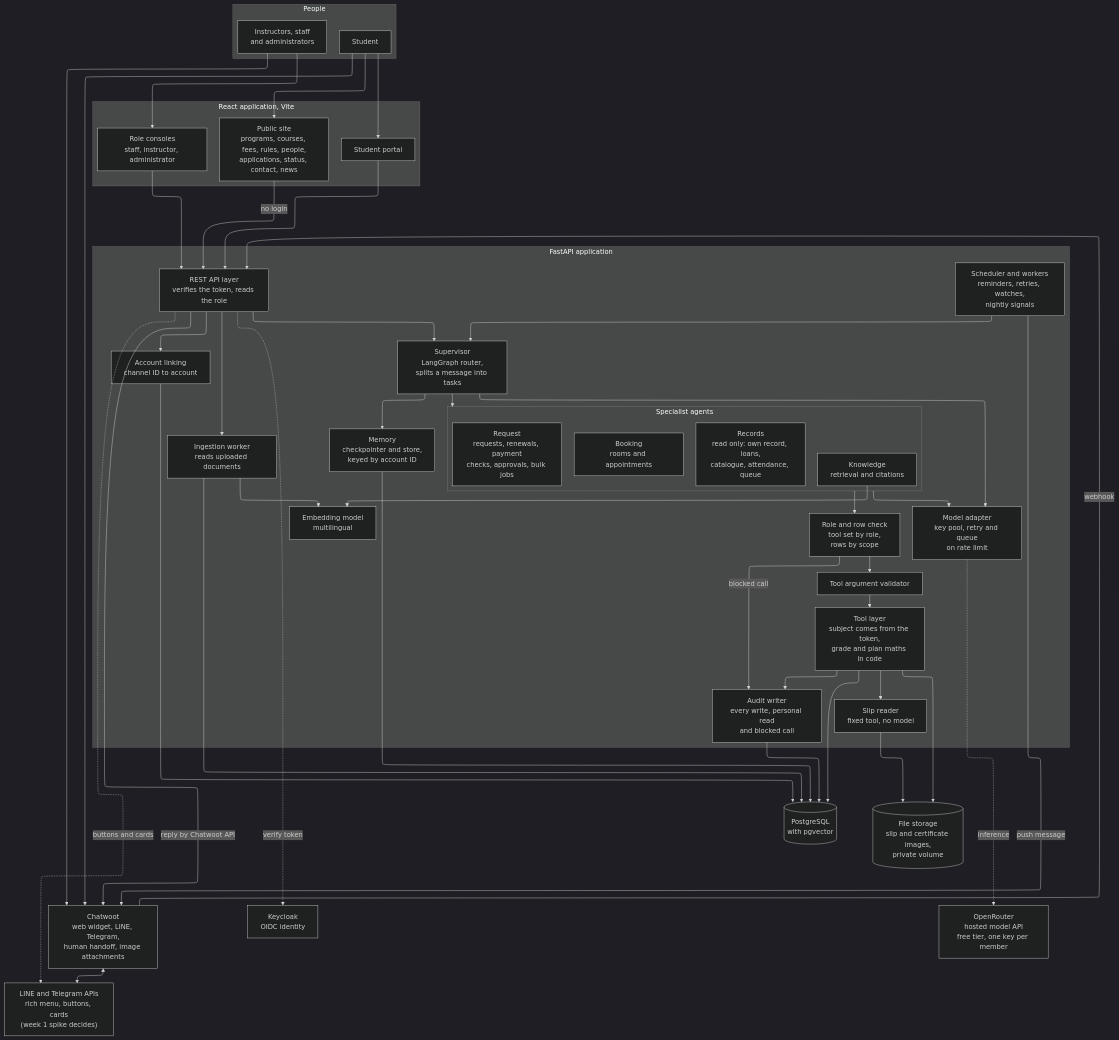
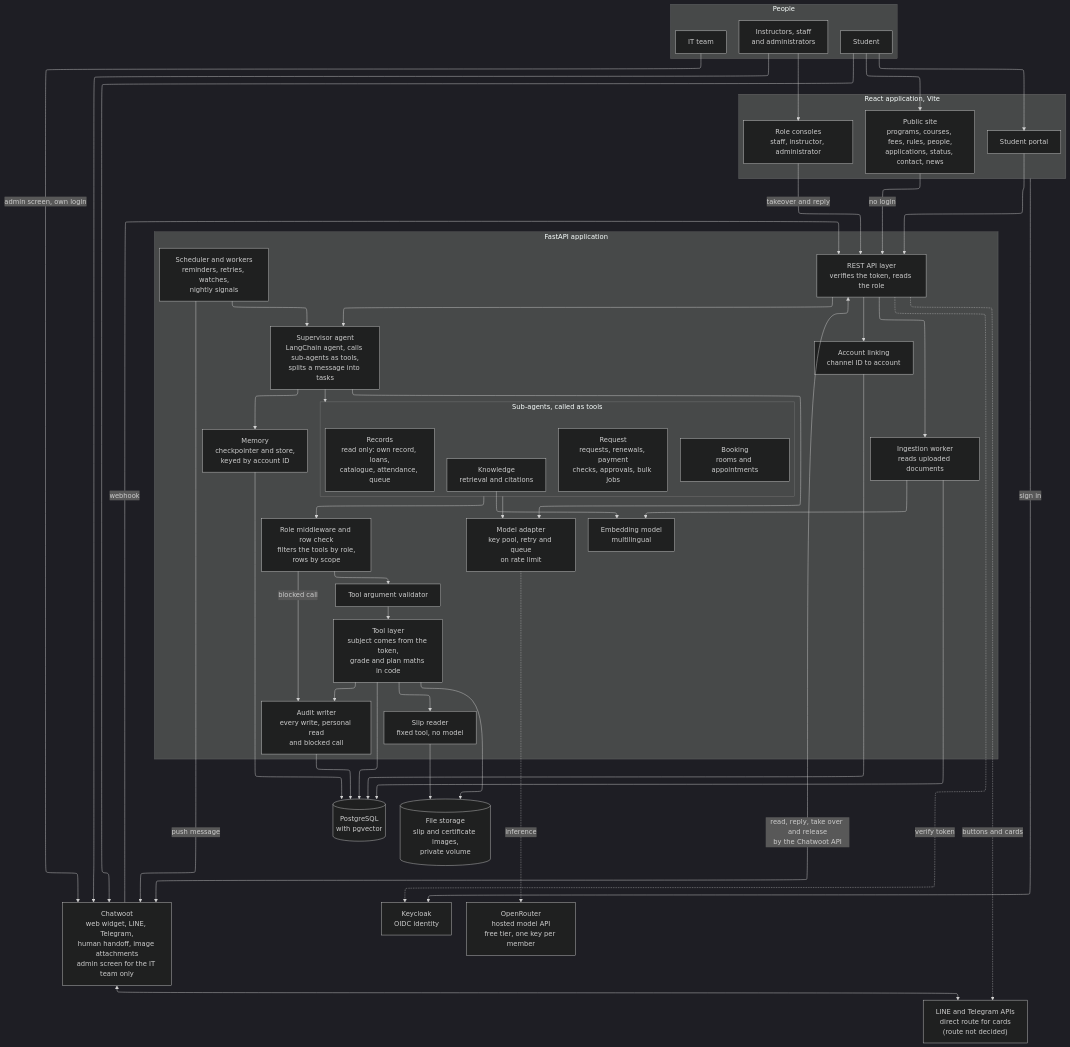
Before and after one commit to SaiWaiYanLynn/smart-university-website: the first of 11 diagrams in design/diagrams/diagrams-source.md, drawn with Mermaid (dark theme). The commit also changed other lines of this file and 29 other files, not shown here.

Commit message:
Updated diagrams for supervisor with sub-agents and the new staff and instructor pages

```diff
--- a/design/diagrams/diagrams-source.md
+++ b/design/diagrams/diagrams-source.md
@@ -24,6 +24,7 @@
   subgraph Users["People"]
     STU["Student"]
     STF["Instructors, staff<br/>and administrators"]
+    ITT["IT team"]
   end
 
   subgraph Frontend["React application, Vite"]
@@ -32,22 +33,22 @@
     CON["Role consoles<br/>staff, instructor, administrator"]
   end
 
-  CWT["Chatwoot<br/>web widget, LINE, Telegram,<br/>human handoff, image attachments"]
-  CHN["LINE and Telegram APIs<br/>rich menu, buttons, cards<br/>(week 1 spike decides)"]
+  CWT["Chatwoot<br/>web widget, LINE, Telegram,<br/>human handoff, image attachments<br/>admin screen for the IT team only"]
+  CHN["LINE and Telegram APIs<br/>direct route for cards<br/>(route not decided)"]
 
   subgraph API["FastAPI application"]
     REST["REST API layer<br/>verifies the token, reads the role"]
     LNK["Account linking<br/>channel ID to account"]
-    SUP["Supervisor<br/>LangGraph router,<br/>splits a message into tasks"]
+    SUP["Supervisor agent<br/>LangChain agent, calls sub-agents as tools,<br/>splits a message into tasks"]
     MEM["Memory<br/>checkpointer and store,<br/>keyed by account ID"]
     SCH["Scheduler and workers<br/>reminders, retries, watches,<br/>nightly signals"]
-    subgraph AG["Specialist agents"]
+    subgraph AG["Sub-agents, called as tools"]
       K["Knowledge<br/>retrieval and citations"]
       R["Records<br/>read only: own record, loans,<br/>catalogue, attendance, queue"]
       B["Booking<br/>rooms and appointments"]
       Q["Request<br/>requests, renewals, payment<br/>checks, approvals, bulk jobs"]
     end
-    ROLE["Role and row check<br/>tool set by role,<br/>rows by scope"]
+    ROLE["Role middleware and row check<br/>filters the tools by role,<br/>rows by scope"]
     VAL["Tool argument validator"]
     TOOL["Tool layer<br/>subject comes from the token,<br/>grade and plan maths in code"]
     SLP["Slip reader<br/>fixed tool, no model"]
@@ -67,17 +68,19 @@
   STU --> CWT
   STF --> CON
   STF --> CWT
+  ITT -- "admin screen, own login" --> CWT
   CWT <--> CHN
 
   PUB -- "no login" --> REST
   POR --> REST
-  CON --> REST
+  CON -- "takeover and reply" --> REST
   CWT -- webhook --> REST
-  REST -- "reply by Chatwoot API" --> CWT
+  REST <-- "read, reply, take over and release<br/>by the Chatwoot API" --> CWT
   REST -. "buttons and cards" .-> CHN
 
   REST --> SUP
   REST -. verify token .-> KC
+  Frontend -- "sign in" --> KC
   REST --> LNK
   LNK --> PG
   REST --> ING
```
